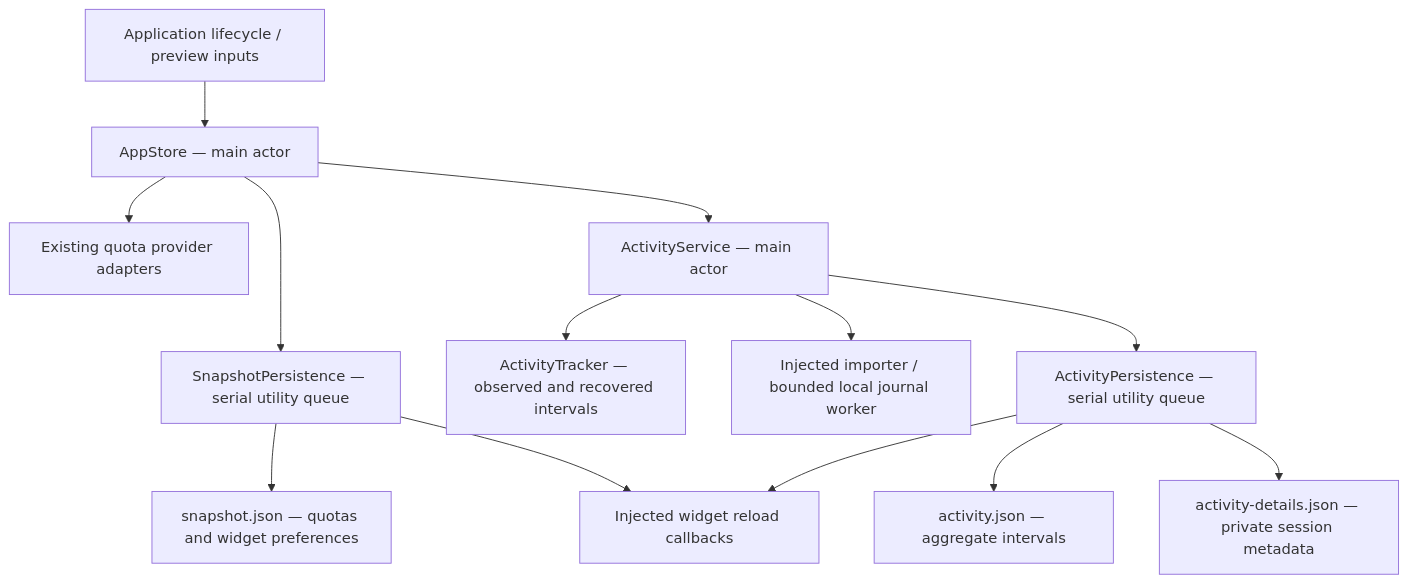
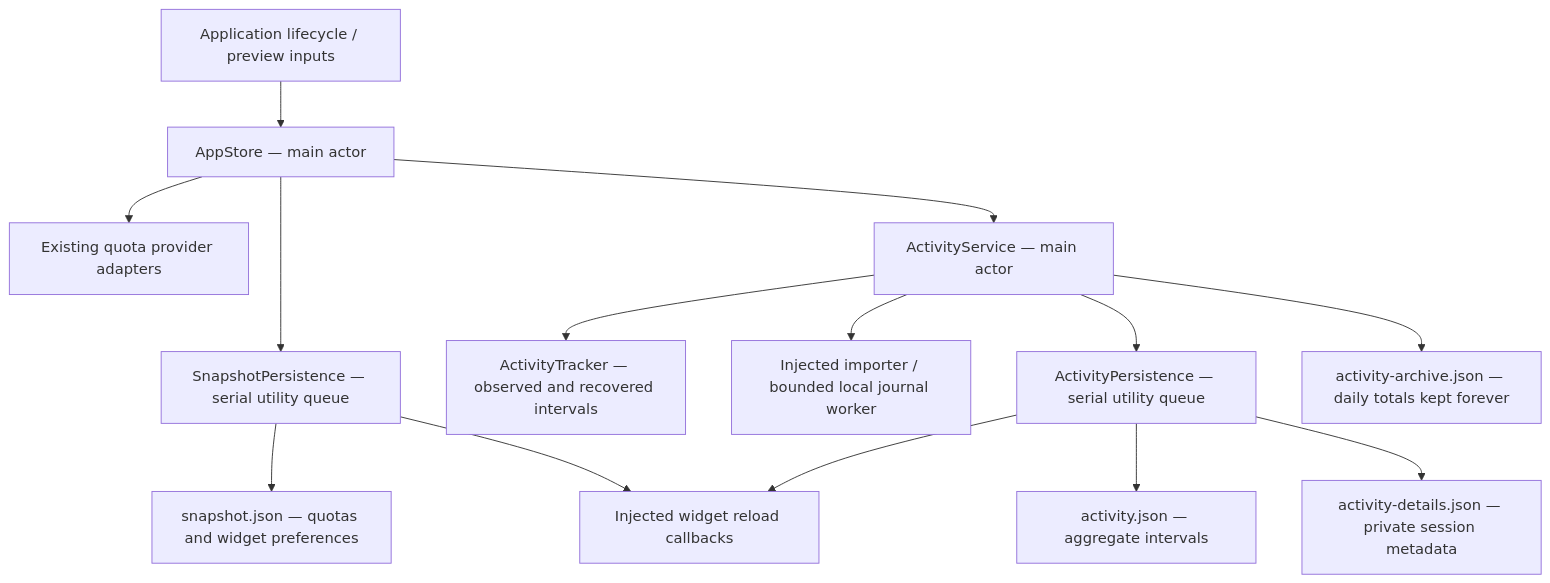
Before and after one commit to lovach/Lunavect: the diagram in docs/architecture.md, drawn with Mermaid. The commit also changed 16 other files, not shown here.

````diff
--- a/docs/architecture.md
+++ b/docs/architecture.md
@@ -7,15 +7,16 @@
 ```mermaid
 flowchart TD
     Main[Application lifecycle / preview inputs] --> App[AppStore — main actor]
     App --> Quotas[Existing quota provider adapters]
     App --> Snapshot[SnapshotPersistence — serial utility queue]
     App --> Activity[ActivityService — main actor]
     Activity --> Tracker[ActivityTracker — observed and recovered intervals]
     Activity --> Import[Injected importer / bounded local journal worker]
     Activity --> Disk[ActivityPersistence — serial utility queue]
     Snapshot --> Shared[snapshot.json — quotas and widget preferences]
     Disk --> History[activity.json — aggregate intervals]
     Disk --> Details[activity-details.json — private session metadata]
+    Activity --> Archive[activity-archive.json — daily totals kept forever]
     Snapshot --> Reload[Injected widget reload callbacks]
     Disk --> Reload
 ```
````
